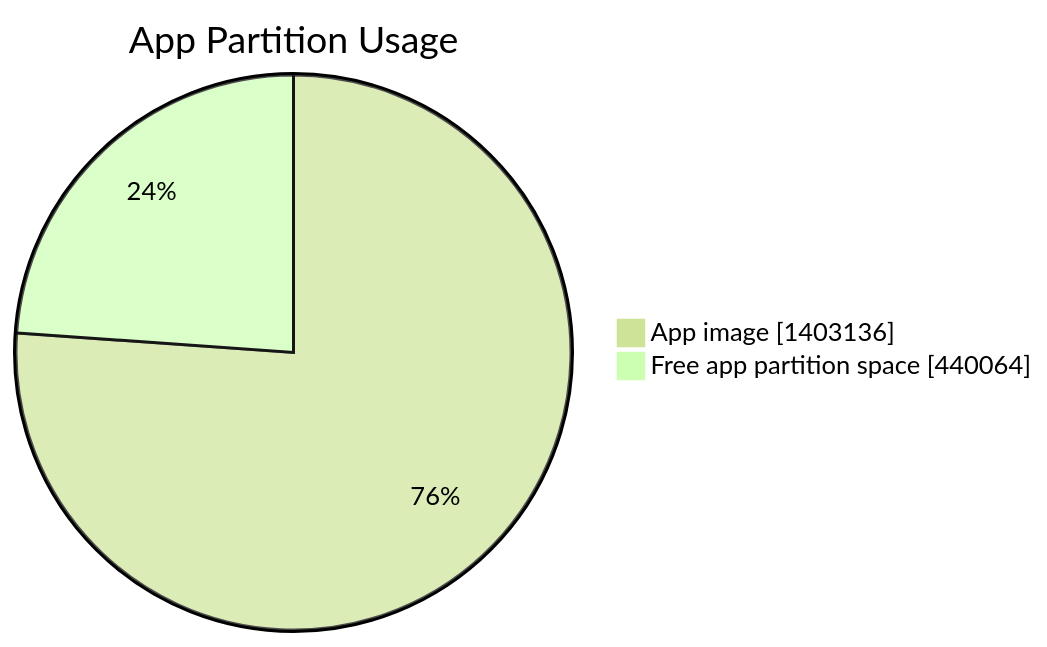
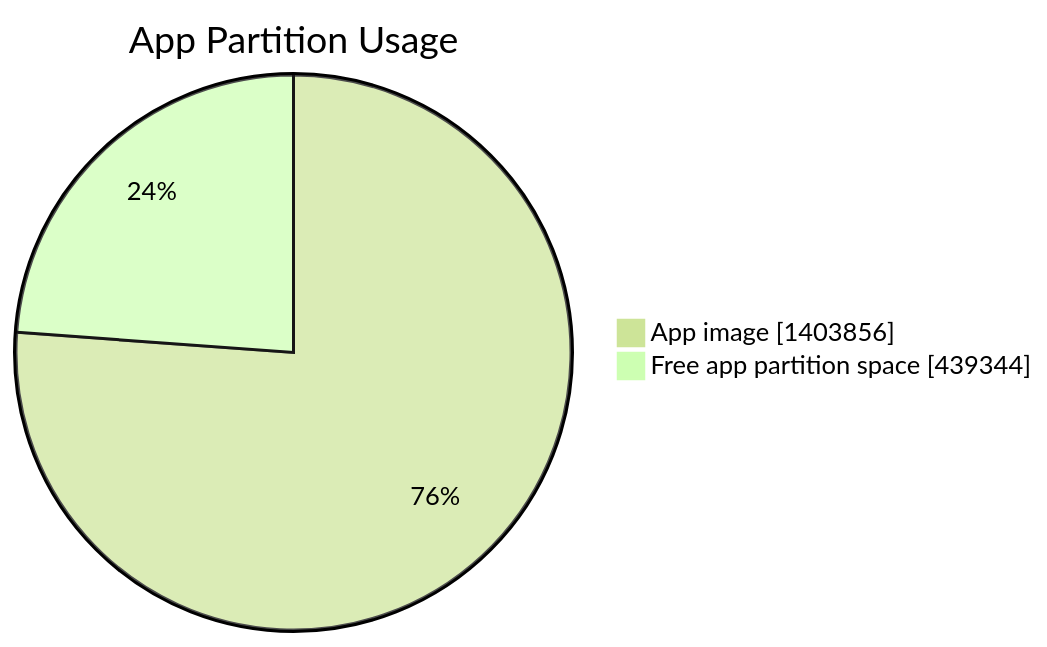
One commit to marcelpetrick/esp32-fever-dream changed the first of 2 diagrams in documents/firmware_breakdown.md. Above: the diagram before and after it, drawn with Mermaid (forest theme). The commit also changed other lines of this file and 5 other files, not shown here.

````diff
--- a/documents/firmware_breakdown.md
+++ b/documents/firmware_breakdown.md
@@ -17,6 +17,6 @@
 ```mermaid
 pie showData
     title App Partition Usage
-    "App image" : 1403136
-    "Free app partition space" : 440064
+    "App image" : 1403856
+    "Free app partition space" : 439344
 ```
````
